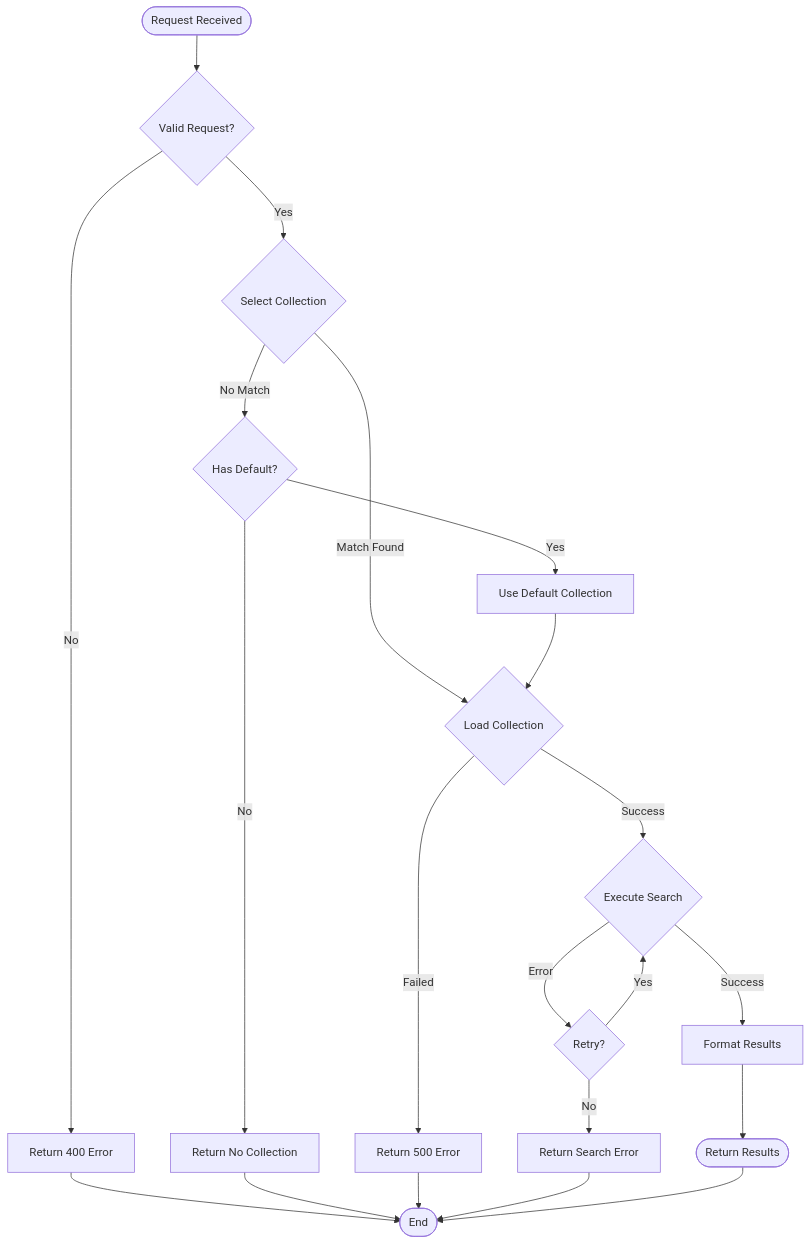
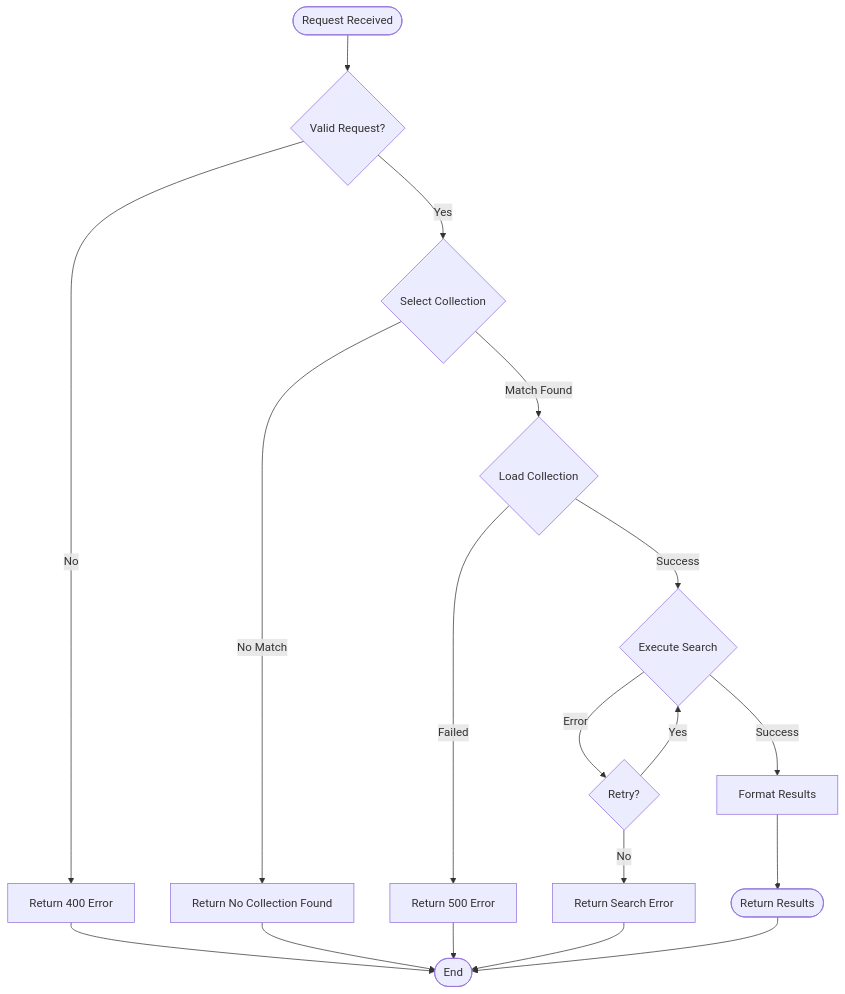
The ninth of 9 diagrams in docs/multi-collection-diagrams.md (zeddq/web-rag), drawn with Mermaid before and after one commit. The commit also changed other lines of this file and 17 other files, not shown here.

````diff
--- a/docs/multi-collection-diagrams.md
+++ b/docs/multi-collection-diagrams.md
@@ -300,29 +308,26 @@
 ```mermaid
 flowchart TD
     Start([Request Received]) --> Validate{Valid Request?}
     Validate -->|No| ReturnError1[Return 400 Error]
     Validate -->|Yes| SelectCol{Select Collection}
     
-    SelectCol -->|No Match| CheckDefault{Has Default?}
-    CheckDefault -->|No| ReturnNoCol[Return No Collection]
-    CheckDefault -->|Yes| UseDefault[Use Default Collection]
+    SelectCol -->|No Match| ReturnNoCol[Return No Collection Found]
     
     SelectCol -->|Match Found| LoadCol{Load Collection}
-    UseDefault --> LoadCol
     
     LoadCol -->|Failed| ReturnError2[Return 500 Error]
     LoadCol -->|Success| Search{Execute Search}
     
     Search -->|Error| HandleSearchError{Retry?}
     HandleSearchError -->|Yes| Search
     HandleSearchError -->|No| ReturnError3[Return Search Error]
     
     Search -->|Success| Format[Format Results]
     Format --> ReturnSuccess([Return Results])
     
     ReturnError1 --> End([End])
     ReturnNoCol --> End
     ReturnError2 --> End
     ReturnError3 --> End
     ReturnSuccess --> End
 ```
````
